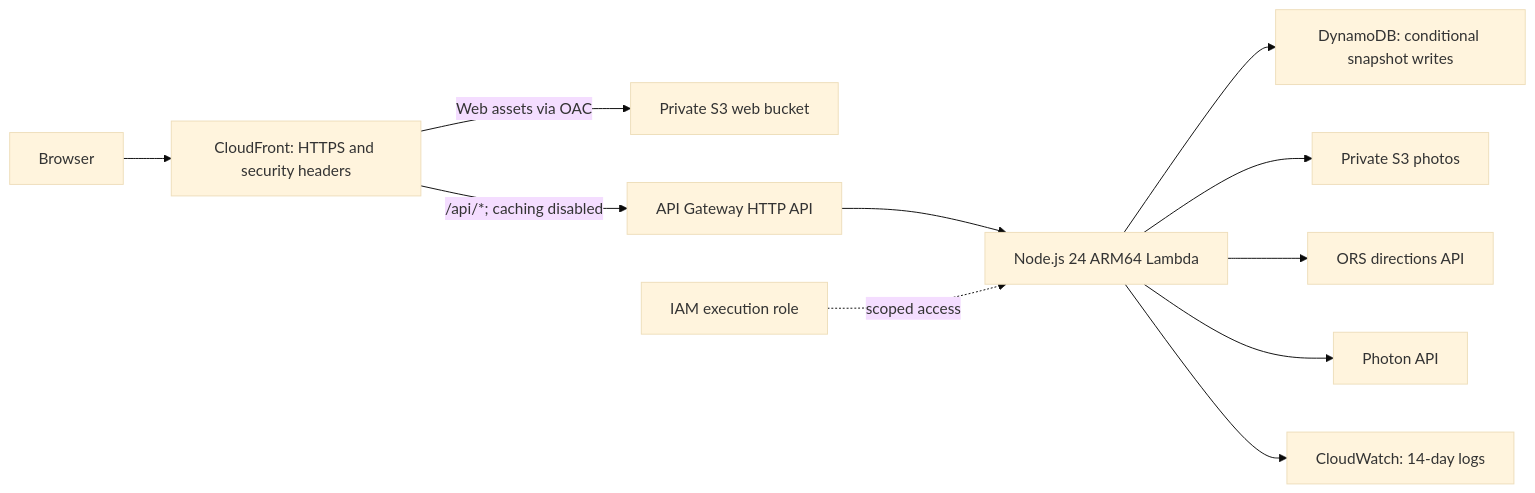
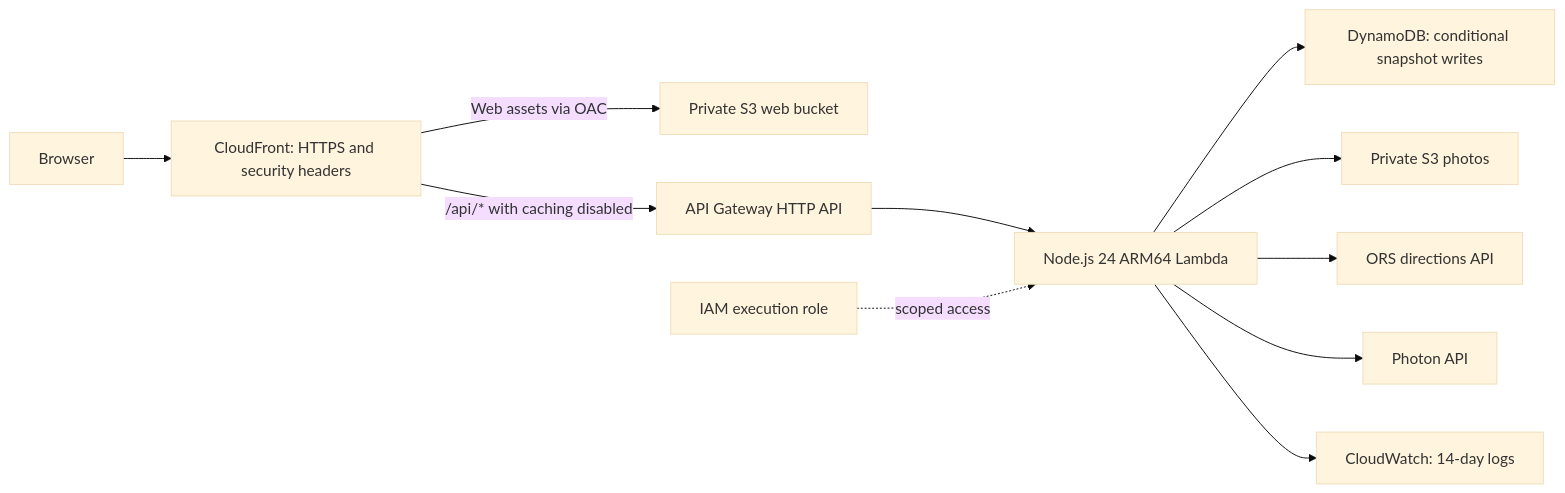
The fourth of 4 diagrams in README.md (aditya-raj9125/PaaniPath), drawn with Mermaid (base theme) before and after one commit. The commit also changed other lines of this file and 2 other files, not shown here.

Commit message:
fix(docs): correct Mermaid diagram syntax

````diff
--- a/README.md
+++ b/README.md
@@ -159,13 +159,13 @@
 ```mermaid
 flowchart LR
   Browser[Browser] --> CDN[CloudFront: HTTPS and security headers]
   CDN -->|Web assets via OAC| WebBucket[Private S3 web bucket]
-  CDN -->|/api/*; caching disabled| API[API Gateway HTTP API]
+  CDN -->|/api/* with caching disabled| API[API Gateway HTTP API]
   API --> Lambda[Node.js 24 ARM64 Lambda]
   Lambda --> Table[DynamoDB: conditional snapshot writes]
   Lambda --> Photos[Private S3 photos]
   Lambda --> ORS[ORS directions API]
   Lambda --> Photon[Photon API]
   Lambda --> Logs[CloudWatch: 14-day logs]
   Role[IAM execution role] -. scoped access .-> Lambda
 ```
````
